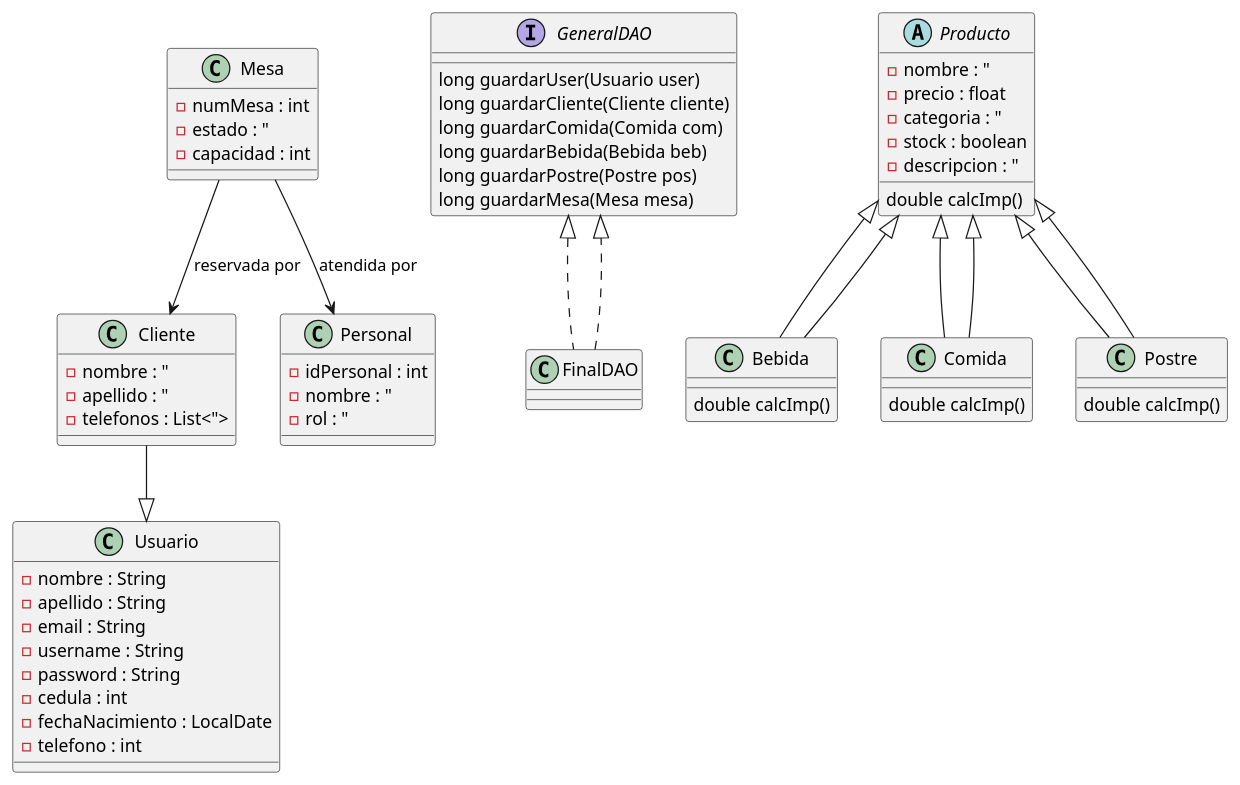
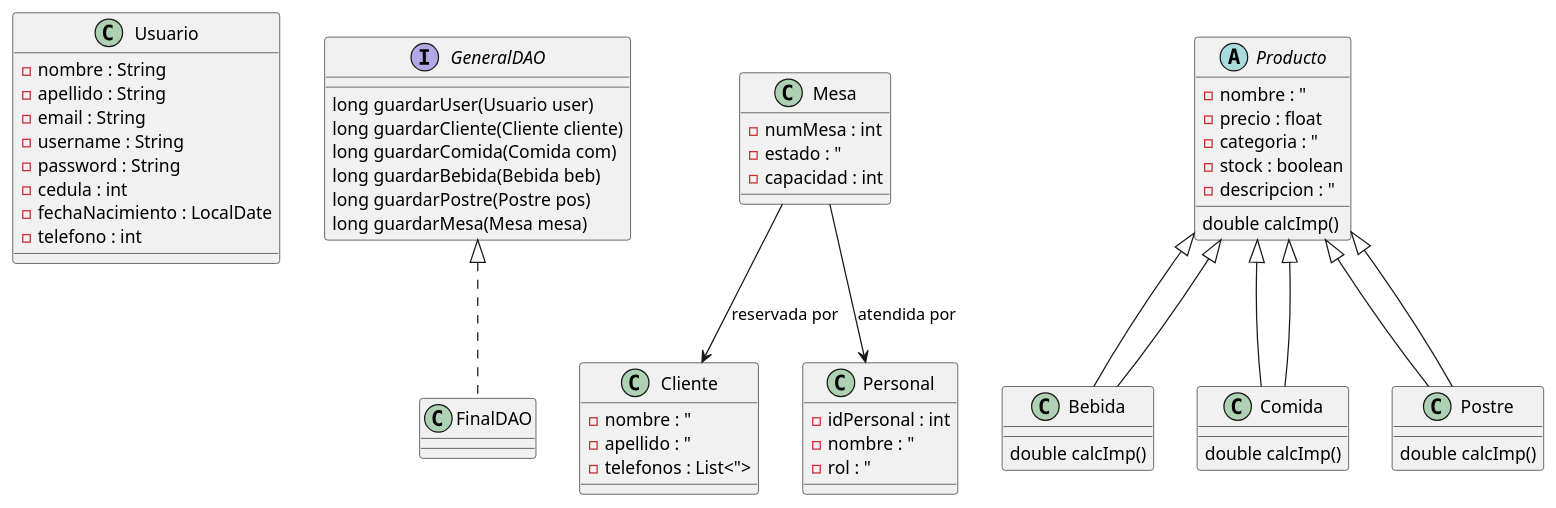
One commit to MrLuksR/Proyecto-Final-Restaurante changed the diagram in src/Diagrama UML.puml. Above: the diagram before and after it, drawn with PlantUML. The commit also changed 6 other files, not shown here.

Commit message:
feat: Agregué la clase Reserva refactor: cambie nombres en interface y en clase FinalDAO

```diff
--- a/src/Diagrama UML.puml
+++ b/src/Diagrama UML.puml
@@ -1,75 +1,72 @@
 @startuml
 
 class Usuario{
     - nombre : String
     - apellido : String
     - email : String
     - username : String
     - password : String
     - cedula : int
     - fechaNacimiento : LocalDate
     - telefono : int
 }
 
 interface GeneralDAO{
     long guardarUser(Usuario user)
     long guardarCliente(Cliente cliente)
     long guardarComida(Comida com)
     long guardarBebida(Bebida beb)
     long guardarPostre(Postre pos)
     long guardarMesa(Mesa mesa)
 }
 
 class FinalDAO implements GeneralDAO{}
 
 class Cliente {
     - nombre : "
     - apellido : "
     - telefonos : List<">
 }
 
 class Mesa {
     - numMesa : int
     - estado : "
     - capacidad : int
 }
 
 class Personal {
     - idPersonal : int
     - nombre : "
     - rol : "
 }
 
 abstract class Producto {
     - nombre : "
     - precio : float
     - categoria : "
     - stock : boolean
     - descripcion : "
     double calcImp()
 }
 
 class Bebida extends Producto{
     double calcImp()
 }
 
 class Comida extends Producto{
     double calcImp()
 }
 
 class Postre extends Producto{
     double calcImp()
 }
 
 ' ==== RELACIONES ====
-Cliente --|> Usuario
-FinalDAO ..|> GeneralDAO
-
 Producto <|-- Bebida
 Producto <|-- Comida
 Producto <|-- Postre
 
 Mesa --> Cliente : reservada por
 Mesa --> Personal : atendida por
 
 @enduml
```
